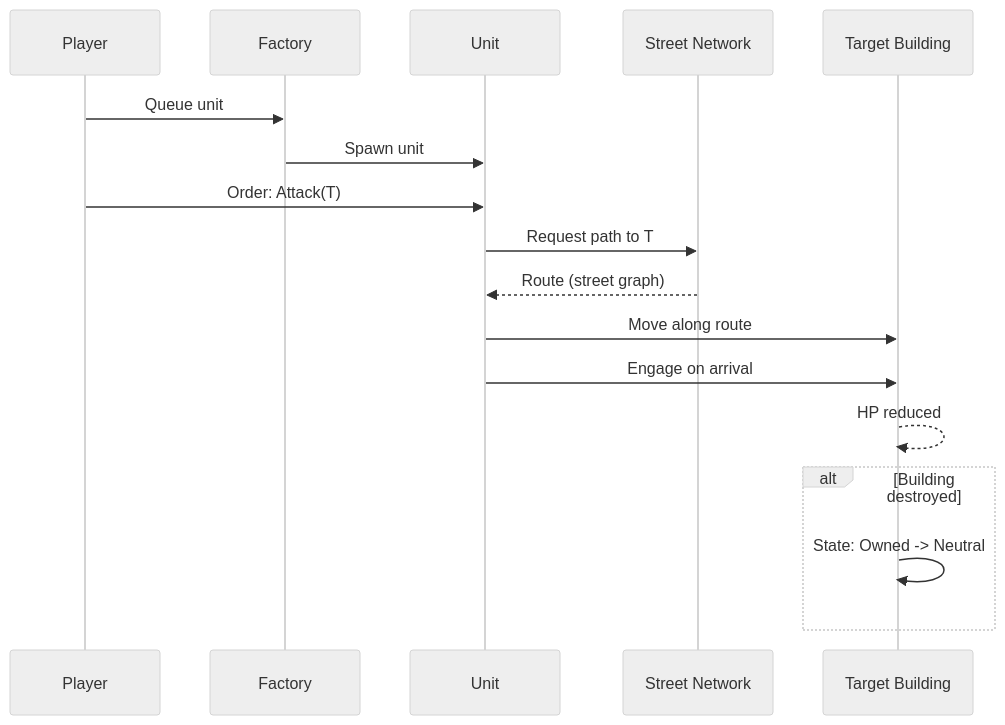
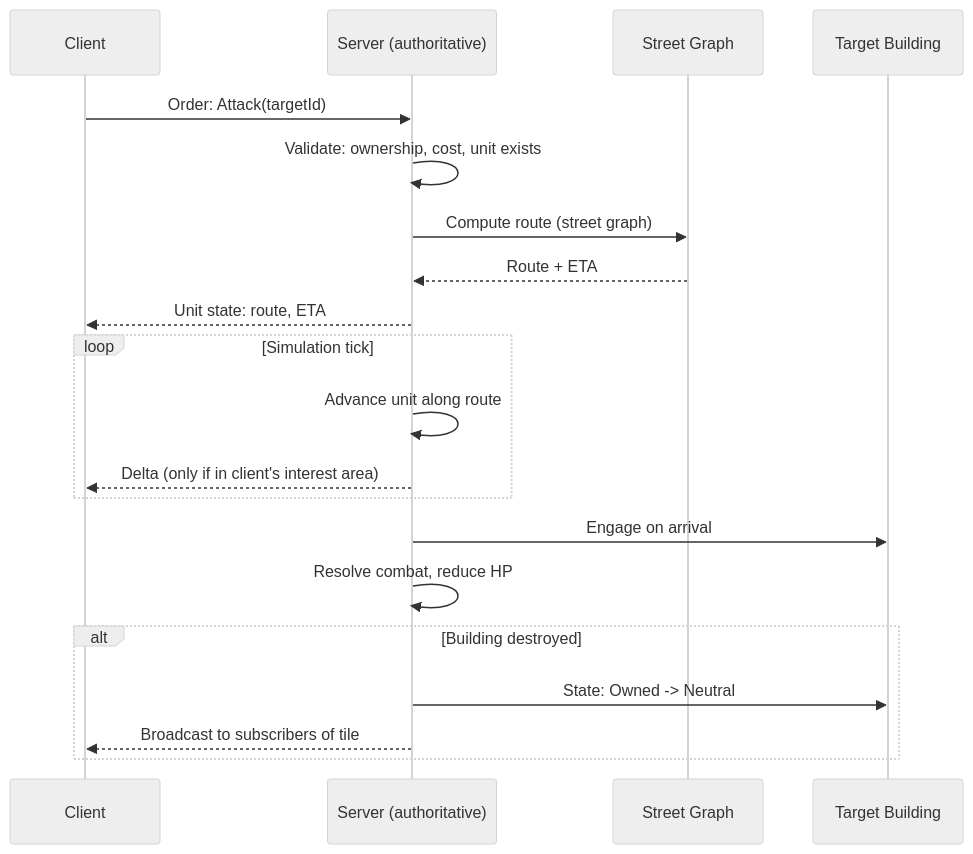
One commit to jhofer/ar-map-game changed the second of 5 diagrams in docs/GAME_DESIGN.md. Above: the diagram before and after it, drawn with Mermaid (neutral theme). The commit also changed other lines of this file, not shown here.

First line of the commit message:
Add server-authoritative architecture and spatial streaming to design doc

````diff
--- a/docs/GAME_DESIGN.md
+++ b/docs/GAME_DESIGN.md
@@ -91,20 +94,23 @@
 ```mermaid
 sequenceDiagram
-    participant P as Player
-    participant F as Factory
-    participant U as Unit
-    participant N as Street Network
+    participant C as Client
+    participant S as Server (authoritative)
+    participant N as Street Graph
     participant T as Target Building
 
-    P->>F: Queue unit
-    F->>U: Spawn unit
-    P->>U: Order: Attack(T)
-    U->>N: Request path to T
-    N-->>U: Route (street graph)
-    U->>T: Move along route
-    U->>T: Engage on arrival
-    T-->>T: HP reduced
+    C->>S: Order: Attack(targetId)
+    S->>S: Validate: ownership, cost, unit exists
+    S->>N: Compute route (street graph)
+    N-->>S: Route + ETA
+    S-->>C: Unit state: route, ETA
+    loop Simulation tick
+        S->>S: Advance unit along route
+        S-->>C: Delta (only if in client's interest area)
+    end
+    S->>T: Engage on arrival
+    S->>S: Resolve combat, reduce HP
     alt Building destroyed
-        T->>T: State: Owned -> Neutral
+        S->>T: State: Owned -> Neutral
+        S-->>C: Broadcast to subscribers of tile
     end
 ```
````
